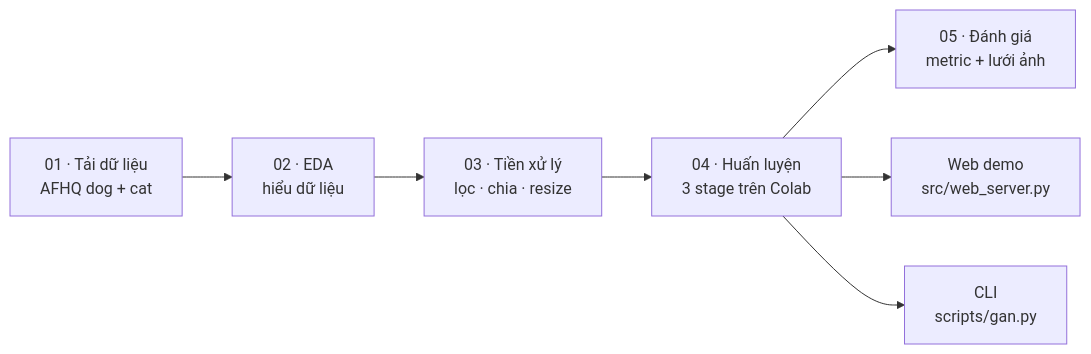
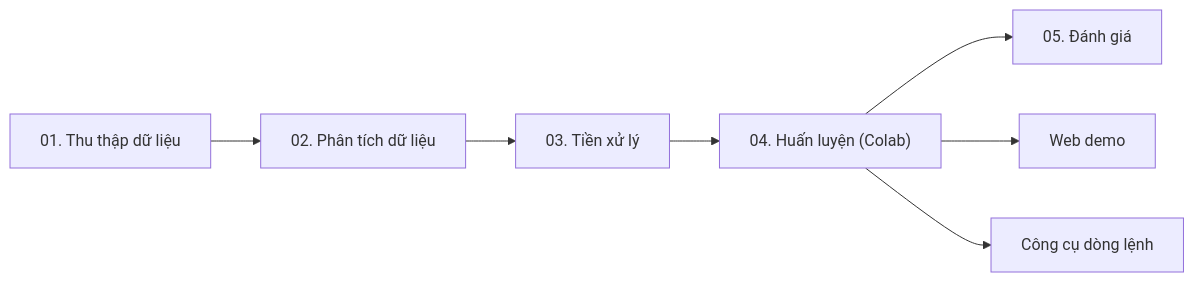
The first of 3 diagrams in README.md (peotrannnn/Dogs-and-cats-by-GANs), drawn with Mermaid before and after one commit. The commit also changed other lines of this file, not shown here.

````diff
--- a/README.md
+++ b/README.md
@@ -116,9 +119,9 @@
 ```mermaid
 flowchart LR
-    A["01 · Tải dữ liệu<br/>AFHQ dog + cat"] --> B["02 · EDA<br/>hiểu dữ liệu"]
-    B --> C["03 · Tiền xử lý<br/>lọc · chia · resize"]
-    C --> D["04 · Huấn luyện<br/>3 stage trên Colab"]
-    D --> E["05 · Đánh giá<br/>metric + lưới ảnh"]
-    D --> F["Web demo<br/>src/web_server.py"]
-    D --> G["CLI<br/>scripts/gan.py"]
+    A["01. Thu thập dữ liệu"] --> B["02. Phân tích dữ liệu"]
+    B --> C["03. Tiền xử lý"]
+    C --> D["04. Huấn luyện (Colab)"]
+    D --> E["05. Đánh giá"]
+    D --> F["Web demo"]
+    D --> G["Công cụ dòng lệnh"]
 ```
````
